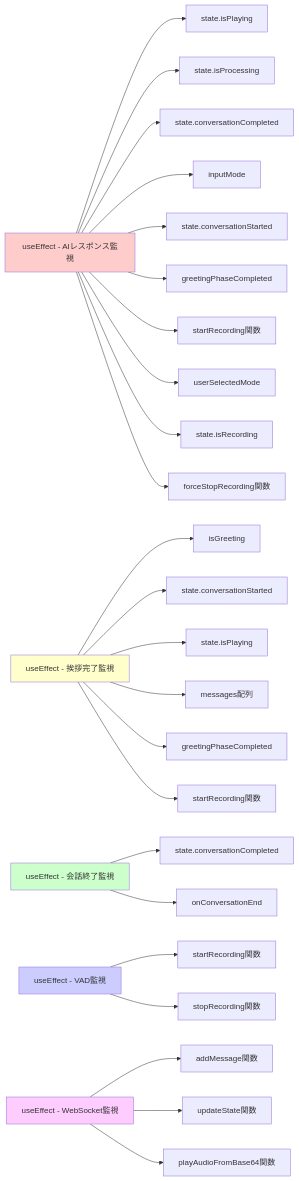
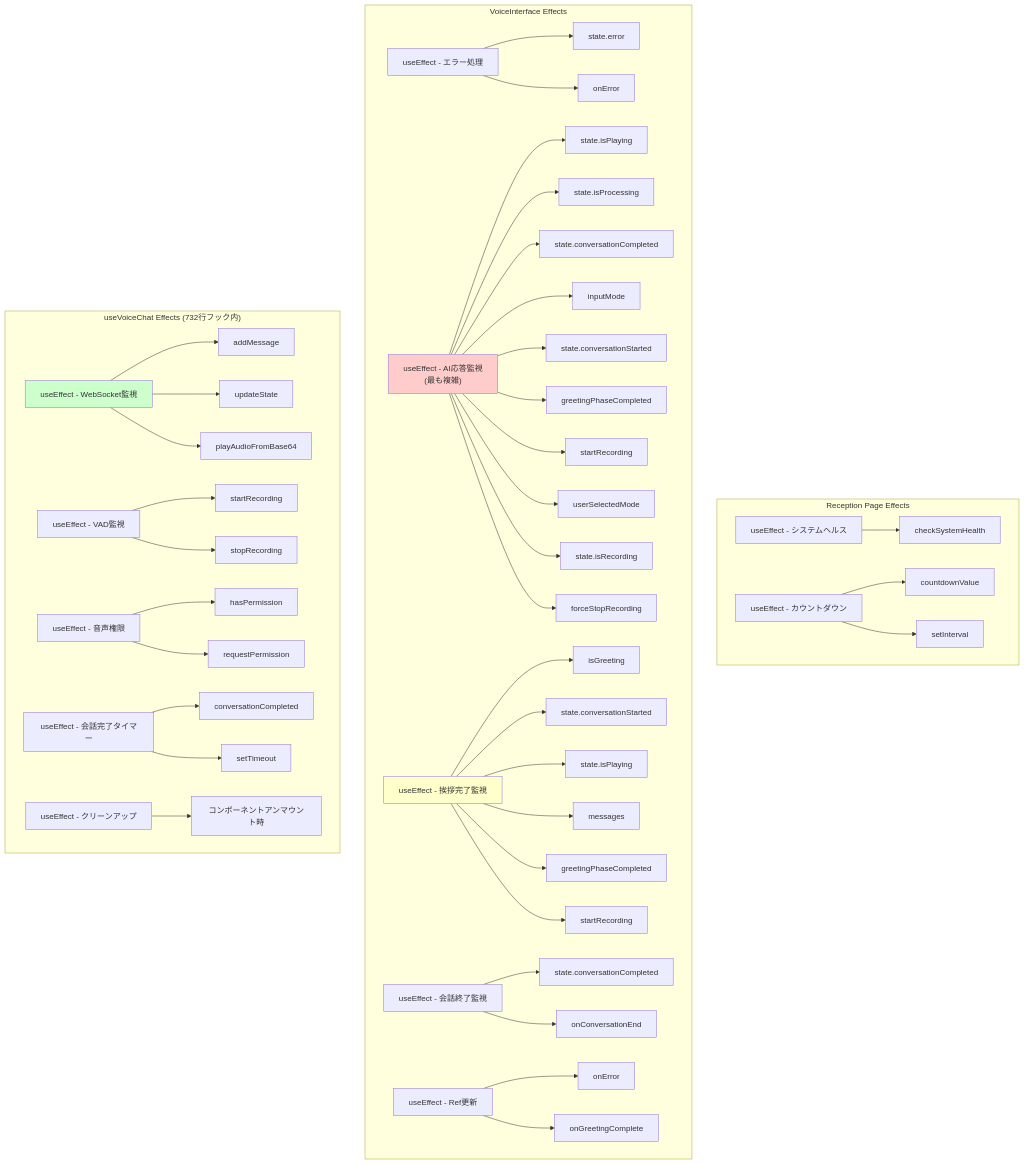
Before and after one commit to hossiiii/ai-reception: the third of 4 diagrams in frontend-state-analysis.md, drawn with Mermaid. The commit also changed other lines of this file and 12 other files, not shown here.

````diff
--- a/frontend-state-analysis.md
+++ b/frontend-state-analysis.md
@@ -265,36 +579,60 @@
 ```mermaid
-graph LR
-    A[useEffect - AIレスポンス監視] --> B1[state.isPlaying]
-    A --> B2[state.isProcessing]
-    A --> B3[state.conversationCompleted]
-    A --> B4[inputMode]
-    A --> B5[state.conversationStarted]
-    A --> B6[greetingPhaseCompleted]
-    A --> B7[startRecording関数]
-    A --> B8[userSelectedMode]
-    A --> B9[state.isRecording]
-    A --> B10[forceStopRecording関数]
+graph TB
+    subgraph "Reception Page Effects"
+        RP1[useEffect - システムヘルス] --> RP1a[checkSystemHealth]
+        RP2[useEffect - カウントダウン] --> RP2a[countdownValue]
+        RP2 --> RP2b[setInterval]
+    end
     
-    C[useEffect - 挨拶完了監視] --> C1[isGreeting]
-    C --> C2[state.conversationStarted]
-    C --> C3[state.isPlaying]
-    C --> C4[messages配列]
-    C --> C5[greetingPhaseCompleted]
-    C --> C6[startRecording関数]
+    subgraph "VoiceInterface Effects"
+        VI1[useEffect - エラー処理] --> VI1a[state.error]
+        VI1 --> VI1b[onError]
+        
+        VI2["useEffect - AI応答監視<br/>(最も複雑)"]
+        VI2 --> VI2a[state.isPlaying]
+        VI2 --> VI2b[state.isProcessing]
+        VI2 --> VI2c[state.conversationCompleted]
+        VI2 --> VI2d[inputMode]
+        VI2 --> VI2e[state.conversationStarted]
+        VI2 --> VI2f[greetingPhaseCompleted]
+        VI2 --> VI2g[startRecording]
+        VI2 --> VI2h[userSelectedMode]
+        VI2 --> VI2i[state.isRecording]
+        VI2 --> VI2j[forceStopRecording]
+        
+        VI3["useEffect - 挨拶完了監視"]
+        VI3 --> VI3a[isGreeting]
+        VI3 --> VI3b[state.conversationStarted]
+        VI3 --> VI3c[state.isPlaying]
+        VI3 --> VI3d[messages]
+        VI3 --> VI3e[greetingPhaseCompleted]
+        VI3 --> VI3f[startRecording]
+        
+        VI4[useEffect - 会話終了監視] --> VI4a[state.conversationCompleted]
+        VI4 --> VI4b[onConversationEnd]
+        
+        VI5[useEffect - Ref更新] --> VI5a[onError]
+        VI5 --> VI5b[onGreetingComplete]
+    end
     
-    D[useEffect - 会話終了監視] --> D1[state.conversationCompleted]
-    D --> D2[onConversationEnd]
+    subgraph "useVoiceChat Effects (732行フック内)"
+        UC1[useEffect - WebSocket監視] --> UC1a[addMessage]
+        UC1 --> UC1b[updateState]
+        UC1 --> UC1c[playAudioFromBase64]
+        
+        UC2[useEffect - VAD監視] --> UC2a[startRecording]
+        UC2 --> UC2b[stopRecording]
+        
+        UC3[useEffect - 音声権限] --> UC3a[hasPermission]
+        UC3 --> UC3b[requestPermission]
+        
+        UC4[useEffect - 会話完了タイマー] --> UC4a[conversationCompleted]
+        UC4 --> UC4b[setTimeout]
+        
+        UC5[useEffect - クリーンアップ] --> UC5a[コンポーネントアンマウント時]
+    end
     
-    E[useEffect - VAD監視] --> E1[startRecording関数]
-    E --> E2[stopRecording関数]
-    
-    F[useEffect - WebSocket監視] --> F1[addMessage関数]
-    F --> F2[updateState関数]
-    F --> F3[playAudioFromBase64関数]
-    
-    style A fill:#ffcccc
-    style C fill:#ffffcc
-    style D fill:#ccffcc
-    style E fill:#ccccff
-    style F fill:#ffccff
+    style VI2 fill:#ffcccc
+    style VI3 fill:#ffffcc
+    style UC1 fill:#ccffcc
 ```
````
